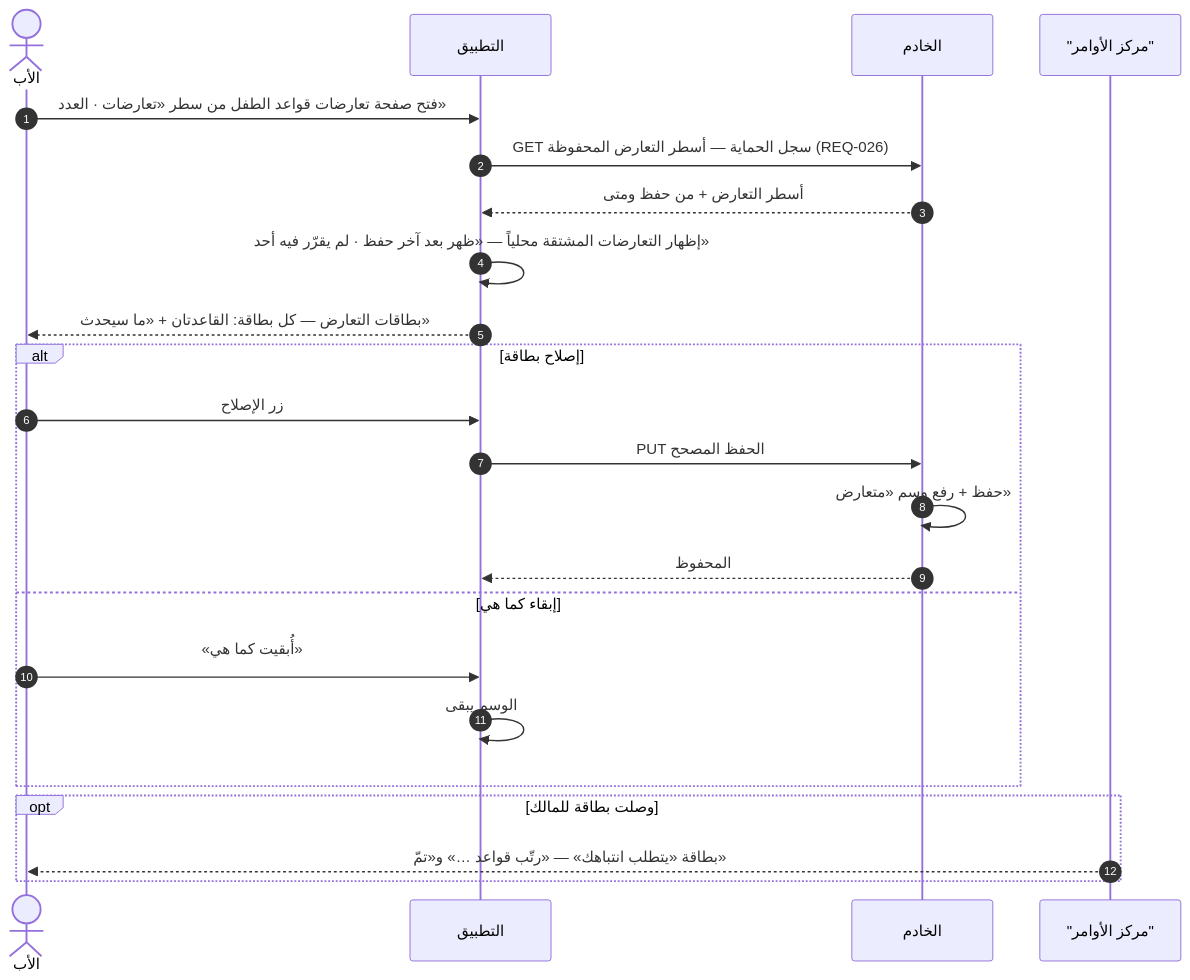
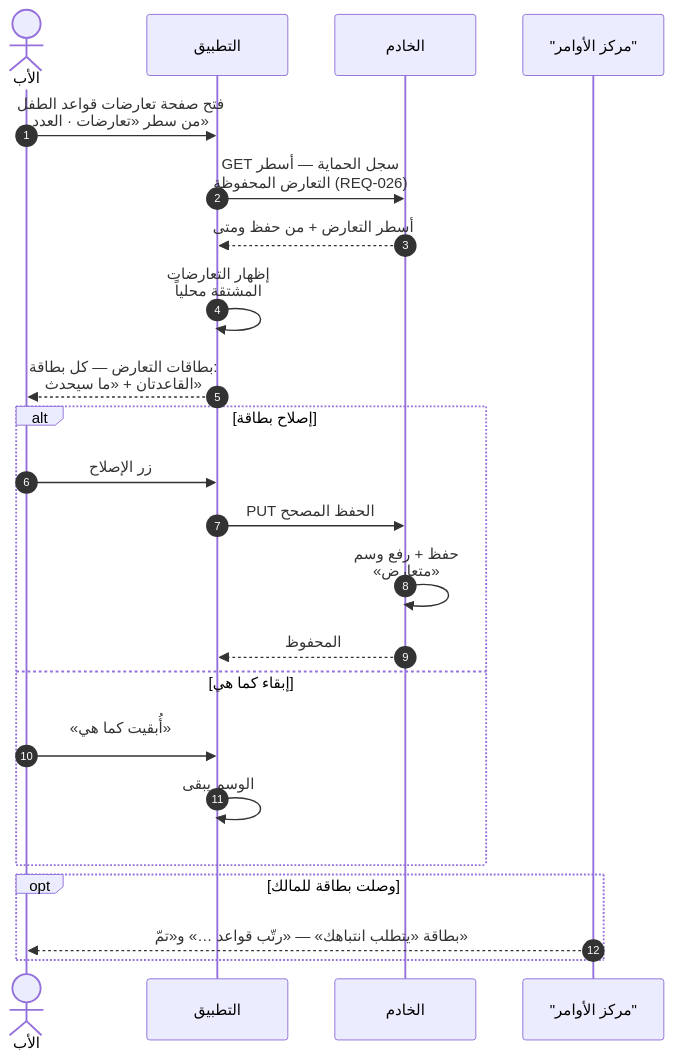
One commit to Bassam-mohammed-alqaeadi/family-os-v2 changed diagram 19 of 45 in docs/family-os/governance/phases/phase-1/S1-10-protection-and-enforcement/DIAGRAMS.md. Above: the diagram before and after it, drawn with Mermaid. The commit also changed other lines of this file, not shown here.

````diff
--- a/docs/family-os/governance/phases/phase-1/S1-10-protection-and-enforcement/DIAGRAMS.md
+++ b/docs/family-os/governance/phases/phase-1/S1-10-protection-and-enforcement/DIAGRAMS.md
@@ -833,25 +927,26 @@
 ```mermaid
+%%{init: {"sequence": {"wrap": true}}}%%
 sequenceDiagram
     autonumber
     actor Father as الأب
     participant App as التطبيق
     participant Ktor as الخادم
     participant S109 as "مركز الأوامر"
     Father->>App: فتح صفحة تعارضات قواعد الطفل من سطر «تعارضات · العدد»
     App->>Ktor: GET سجل الحماية — أسطر التعارض المحفوظة (REQ-026)
     Ktor-->>App: أسطر التعارض + من حفظ ومتى
-    App->>App: إظهار التعارضات المشتقة محلياً — «ظهر بعد آخر حفظ · لم يقرّر فيه أحد»
+    App->>App: إظهار التعارضات المشتقة محلياً
     App-->>Father: بطاقات التعارض — كل بطاقة: القاعدتان + «ما سيحدث»
     alt إصلاح بطاقة
         Father->>App: زر الإصلاح
         App->>Ktor: PUT الحفظ المصحح
         Ktor->>Ktor: حفظ + رفع وسم «متعارض»
         Ktor-->>App: المحفوظ
     else إبقاء كما هي
         Father->>App: «أُبقيت كما هي»
         App->>App: الوسم يبقى
     end
     opt وصلت بطاقة للمالك
         S109-->>Father: بطاقة «يتطلب انتباهك» — «رتّب قواعد …» و«تمّ»
     end
 ```
````
